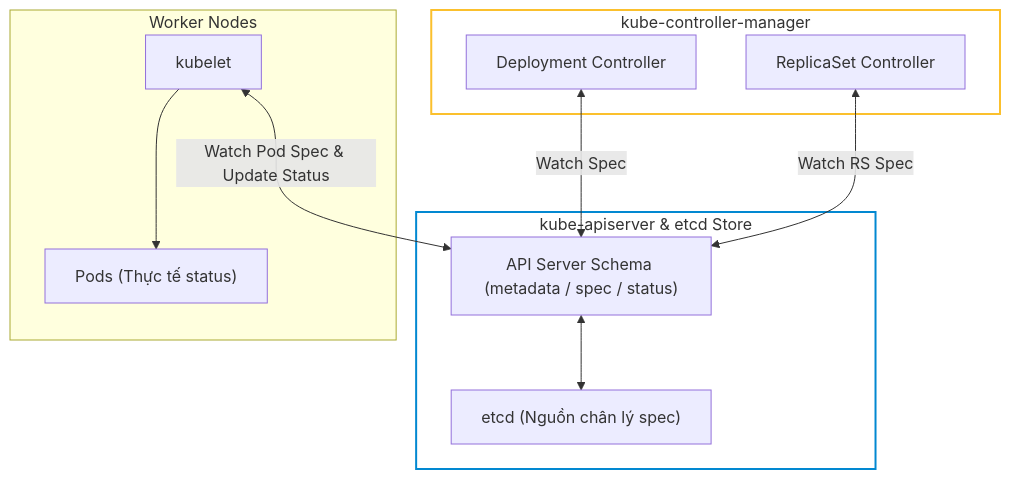
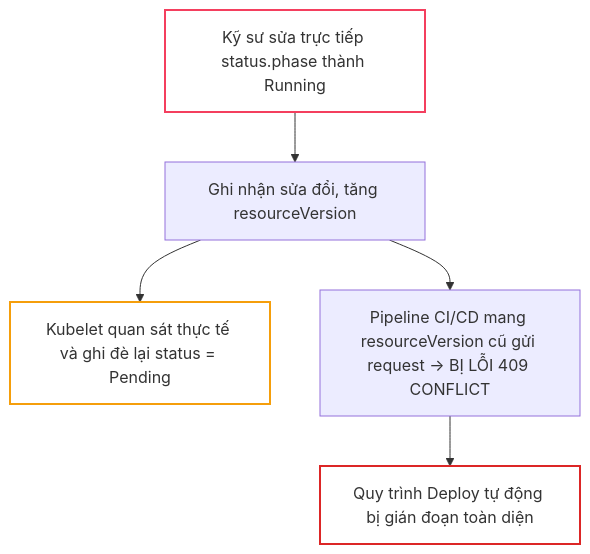
Before and after one commit to kiennt308/ntk: the fifth of 6 diagrams in _posts/2026-09-12-cka-03-03-doi-tuong-api-va-vong-doi-dieu-hoa.md, drawn with Mermaid. The commit also changed other lines of this file and 161 other files, not shown here.

````diff
--- a/_posts/2026-09-12-cka-03-03-doi-tuong-api-va-vong-doi-dieu-hoa.md
+++ b/_posts/2026-09-12-cka-03-03-doi-tuong-api-va-vong-doi-dieu-hoa.md
@@ -551,26 +242,11 @@
 ```mermaid
-graph TD
-    subgraph Kube_API_Server ["kube-apiserver & etcd Store"]
-        API["API Server Schema (metadata / spec / status)"]
-        ETCD["etcd (Nguồn chân lý spec)"]
-    end
+flowchart TD
+    MANUAL_EDIT["Kỹ sư sửa trực tiếp status.phase thành Running"] --> SAVE_ETCD["Ghi nhận sửa đổi, tăng resourceVersion"]
+    SAVE_ETCD --> RECONCILE_OVERWRITE["Kubelet quan sát thực tế và ghi đè lại status = Pending"]
+    SAVE_ETCD --> CICD_CONFLICT["Pipeline CI/CD mang resourceVersion cũ gửi request -> BỊ LỖI 409 CONFLICT"]
+    CICD_CONFLICT --> PIPELINE_CRASH["Quy trình Deploy tự động bị gián đoạn toàn diện"]
 
-    subgraph Controller_Manager ["kube-controller-manager"]
-        DEPLOY_CTRL["Deployment Controller"]
-        RS_CTRL["ReplicaSet Controller"]
-    end
-
-    subgraph Worker_Nodes ["Worker Nodes"]
-        KLET["kubelet"]
-        PODS["Pods (Thực tế status)"]
-    end
-
-    API <--> ETCD
-    DEPLOY_CTRL <-->|"Watch Spec"| API
-    RS_CTRL <-->|"Watch RS Spec"| API
-    KLET <-->|"Watch Pod Spec & Update Status"| API
-    KLET --> PODS
-
-    style Kube_API_Server fill:none,stroke:#0288d1,stroke-width:2px
-    style Controller_Manager fill:none,stroke:#fbc02d,stroke-width:2px
+    style MANUAL_EDIT fill:none,stroke:#f43f5e,stroke-width:2px
+    style RECONCILE_OVERWRITE fill:none,stroke:#f59e0b,stroke-width:2px
+    style PIPELINE_CRASH fill:none,stroke:#dc2626,stroke-width:2px
 ```
````
